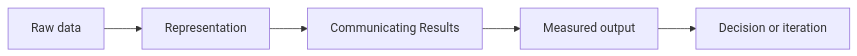
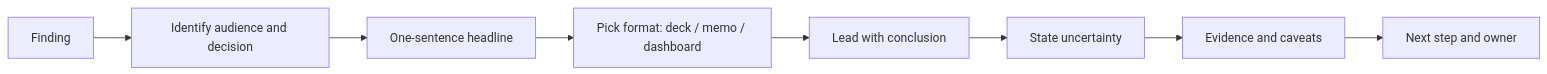
Before and after one commit to Icon1cc/Machine-Learning: the diagram in data-science/10-communicating-results.md, drawn with Mermaid. The commit also changed other lines of this file and 264 other files, not shown here.

````diff
--- a/data-science/10-communicating-results.md
+++ b/data-science/10-communicating-results.md
@@ -92,7 +157,10 @@
 ```mermaid
 flowchart LR
-    A[Raw data] --> B[Representation]
-    B --> C[Communicating Results]
-    C --> D[Measured output]
-    D --> E[Decision or iteration]
+    F[Finding] --> A[Identify audience and decision]
+    A --> H[One-sentence headline]
+    H --> P[Pick format: deck / memo / dashboard]
+    P --> L[Lead with conclusion]
+    L --> U[State uncertainty]
+    U --> E[Evidence and caveats]
+    E --> N[Next step and owner]
 ```
````
